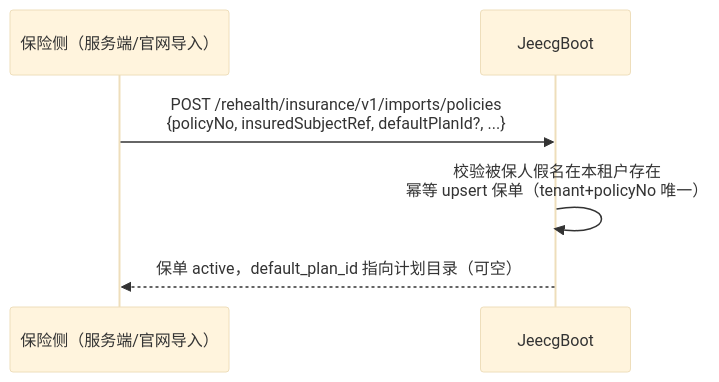
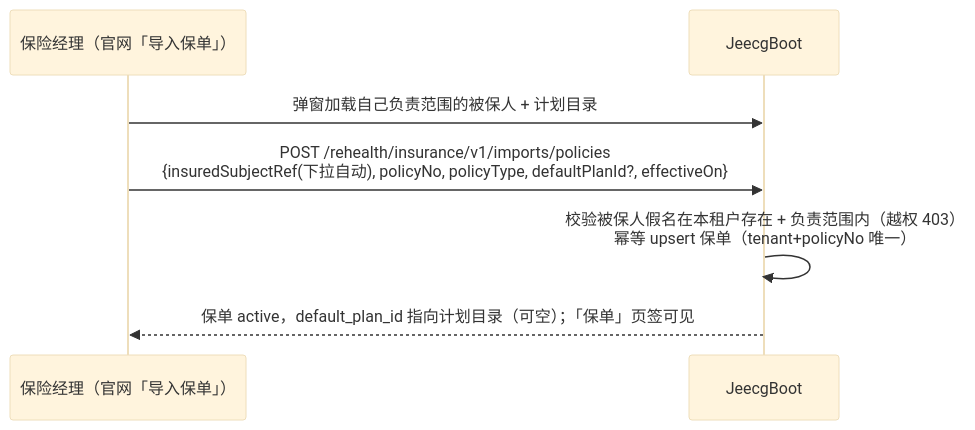
The sixth of 8 diagrams in docs/保险侧计划与保单设计及全流程闭环.md (wjmlong/rehealth_tongbu), drawn with Mermaid (base theme) before and after one commit. The commit also changed other lines of this file and 13 other files, not shown here.

````diff
--- a/docs/保险侧计划与保单设计及全流程闭环.md
+++ b/docs/保险侧计划与保单设计及全流程闭环.md
@@ -113,8 +113,9 @@
 ```mermaid
 sequenceDiagram
-    participant OP as 保险侧（服务端/官网导入）
+    participant M as 保险经理（官网「导入保单」）
     participant JEE as JeecgBoot
-    OP->>JEE: POST /rehealth/insurance/v1/imports/policies<br>{policyNo, insuredSubjectRef, defaultPlanId?, ...}
-    JEE->>JEE: 校验被保人假名在本租户存在<br>幂等 upsert 保单（tenant+policyNo 唯一）
-    JEE-->>OP: 保单 active，default_plan_id 指向计划目录（可空）
+    M->>JEE: 弹窗加载自己负责范围的被保人 + 计划目录
+    M->>JEE: POST /rehealth/insurance/v1/imports/policies<br>{insuredSubjectRef(下拉自动), policyNo, policyType, defaultPlanId?, effectiveOn}
+    JEE->>JEE: 校验被保人假名在本租户存在 + 负责范围内（越权 403）<br>幂等 upsert 保单（tenant+policyNo 唯一）
+    JEE-->>M: 保单 active，default_plan_id 指向计划目录（可空）；「保单」页签可见
 ```
````
